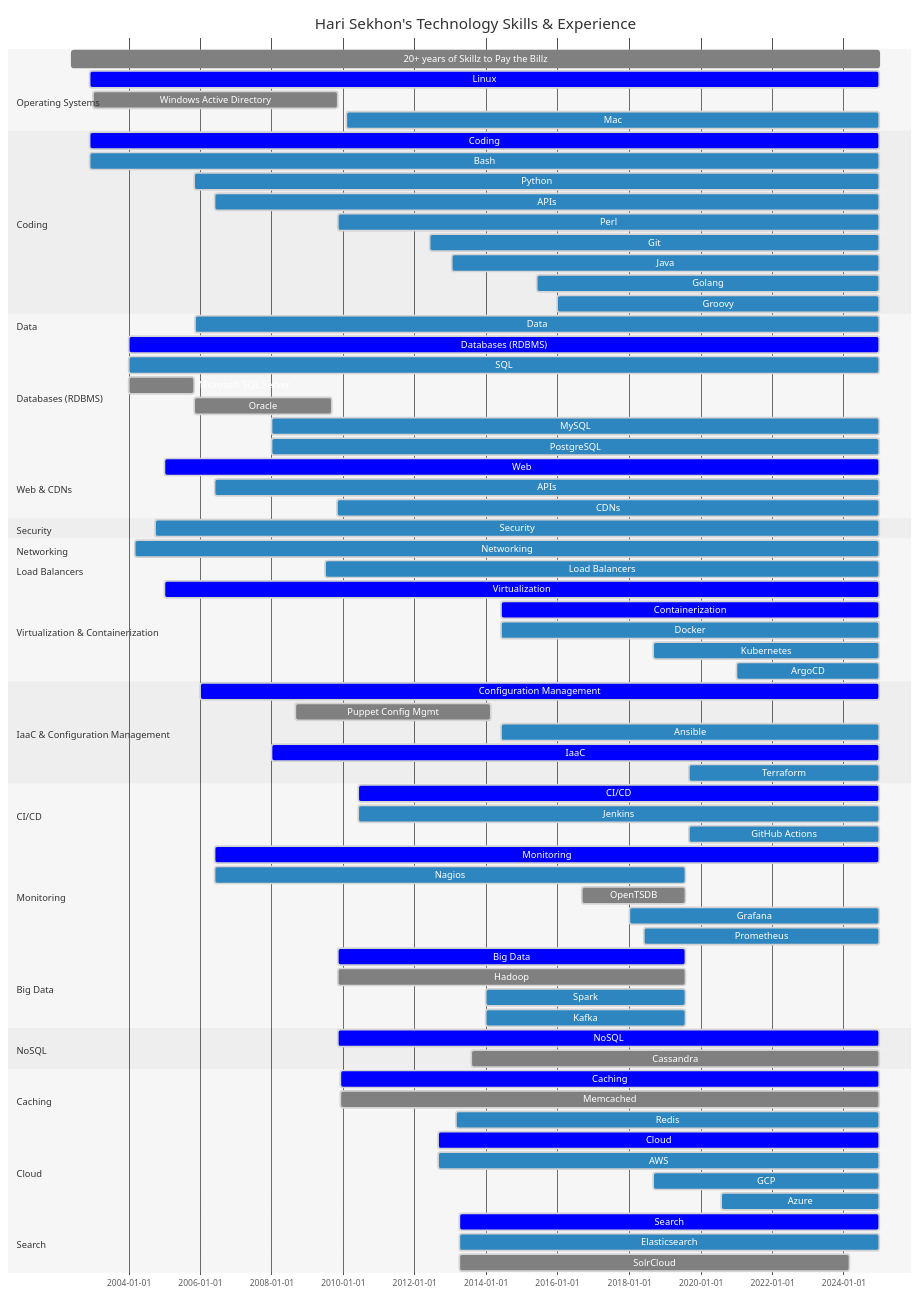
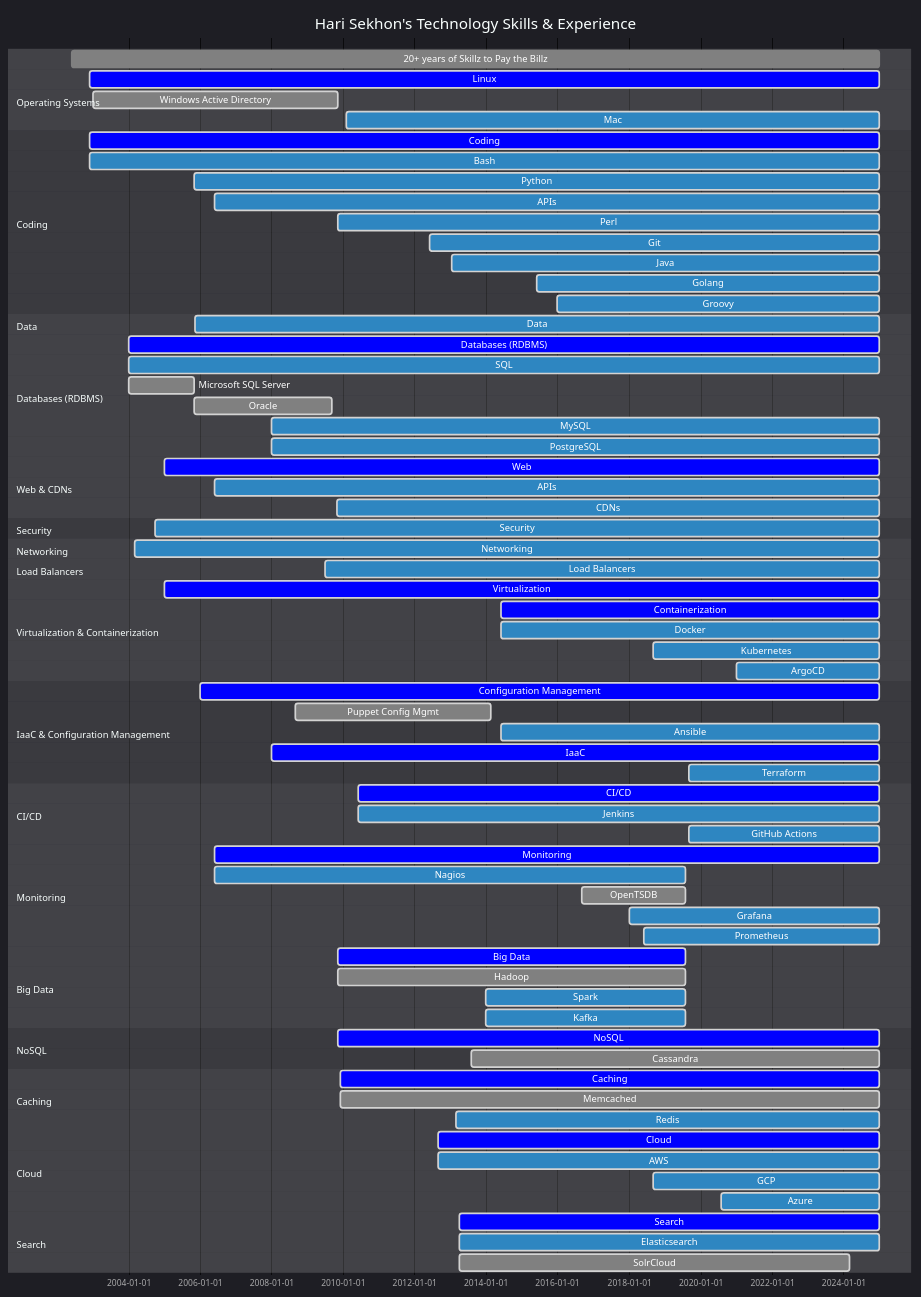
One commit to HariSekhon/HariSekhon changed the diagram in README.md. Above: the diagram before and after it, drawn with Mermaid.

````diff
--- a/README.md
+++ b/README.md
@@ -279,7 +279,7 @@
 ```mermaid
 %%{ init: {
         "logLevel": "debug",
-        'theme': 'default',
+        'theme': 'dark',
         'themeVariables': {
           'activeTaskBkgColor': '#2e86c1',
           'activeTaskBorderColor': 'lightgrey',
````
